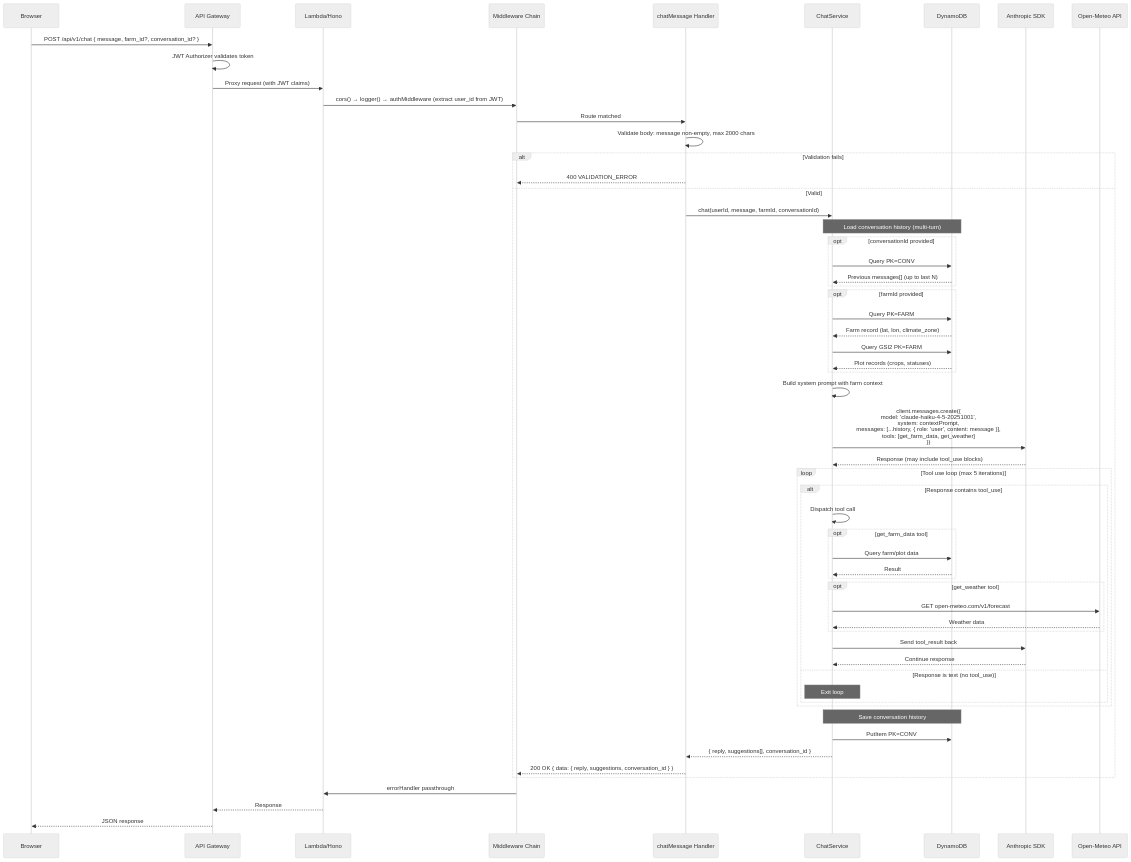
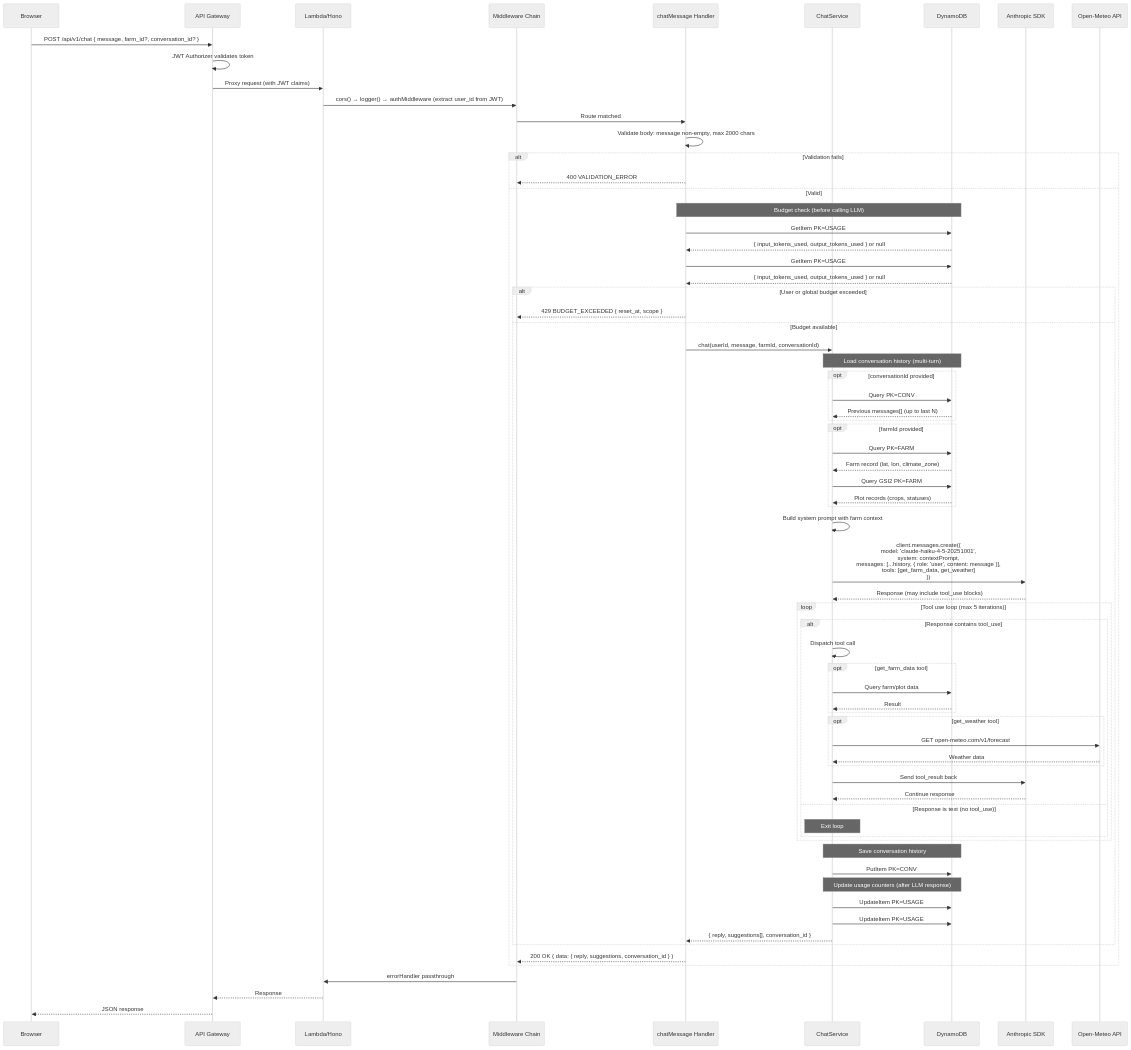
One commit to ashmuk/litcrop-public changed diagram 15 of 19 in docs/SYSTEM-DESIGN.md. Above: the diagram before and after it, drawn with Mermaid (neutral theme). The commit also changed other lines of this file and 5 other files, not shown here.

```diff
--- a/docs/SYSTEM-DESIGN.md
+++ b/docs/SYSTEM-DESIGN.md
@@ -595,6 +595,15 @@
     alt Validation fails
         RH-->>MW: 400 VALIDATION_ERROR
     else Valid
+        Note over RH,DB: Budget check (before calling LLM)
+        RH->>DB: GetItem PK=USAGE#{userId} SK=DAY#{yyyy-mm-dd}
+        DB-->>RH: { input_tokens_used, output_tokens_used } or null
+        RH->>DB: GetItem PK=USAGE#GLOBAL SK=DAY#{yyyy-mm-dd}
+        DB-->>RH: { input_tokens_used, output_tokens_used } or null
+
+        alt User or global budget exceeded
+            RH-->>MW: 429 BUDGET_EXCEEDED { reset_at, scope }
+        else Budget available
         RH->>SVC: chat(userId, message, farmId, conversationId)
 
         Note over SVC,DB: Load conversation history (multi-turn)
@@ -636,7 +645,12 @@
         Note over SVC,DB: Save conversation history
         SVC->>DB: PutItem PK=CONV#{convId} SK=MSG#{ts}#user<br/>(+ assistant response, TTL: 24h)
 
+        Note over SVC,DB: Update usage counters (after LLM response)
+        SVC->>DB: UpdateItem PK=USAGE#{userId} SK=DAY#{date}<br/>ADD input_tokens_used +N, output_tokens_used +M (TTL: 48h)
+        SVC->>DB: UpdateItem PK=USAGE#GLOBAL SK=DAY#{date}<br/>ADD input_tokens_used +N, output_tokens_used +M (TTL: 48h)
+
         SVC-->>RH: { reply, suggestions[], conversation_id }
+        end
         RH-->>MW: 200 OK { data: { reply, suggestions, conversation_id } }
     end
 
```
